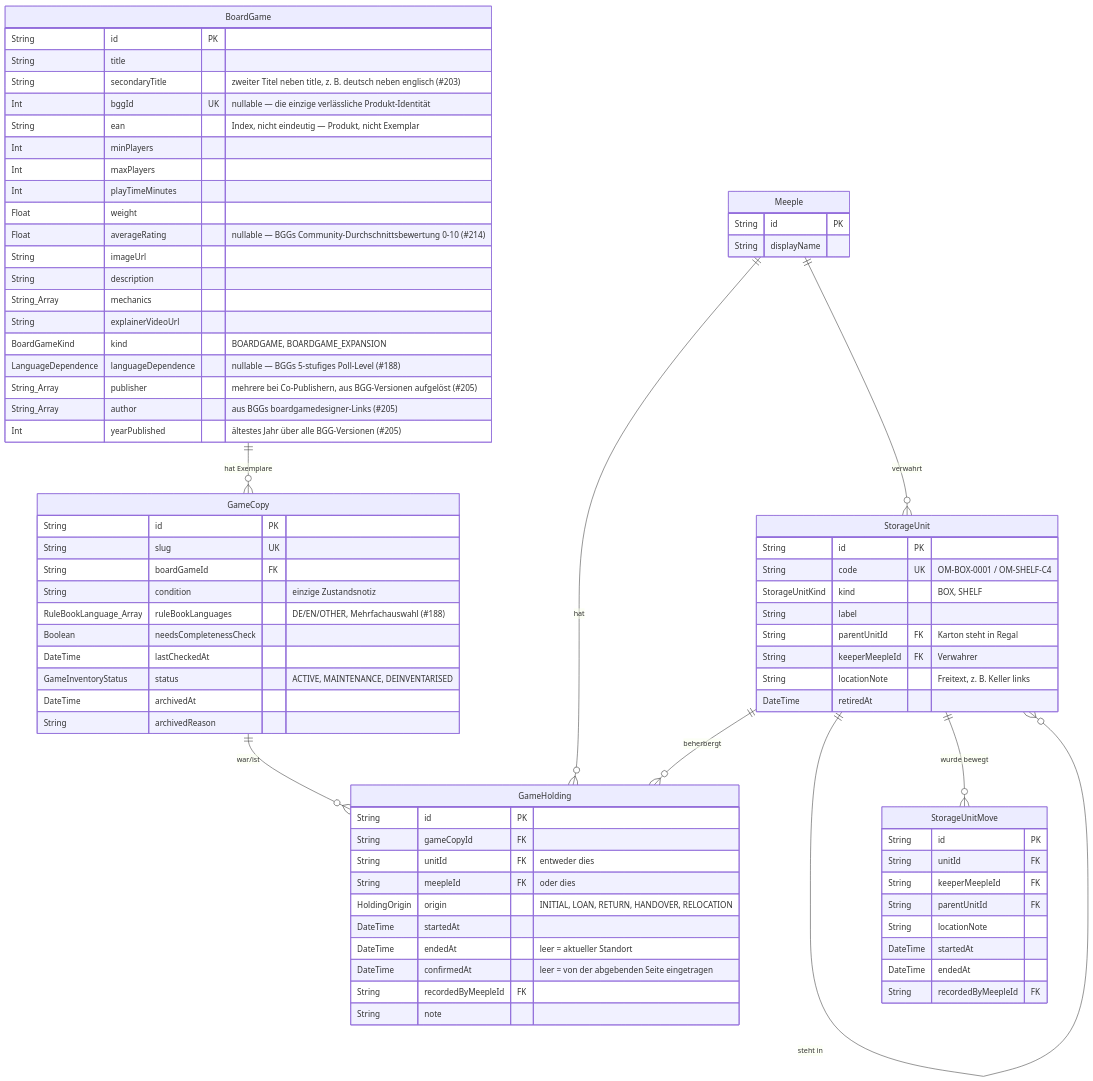
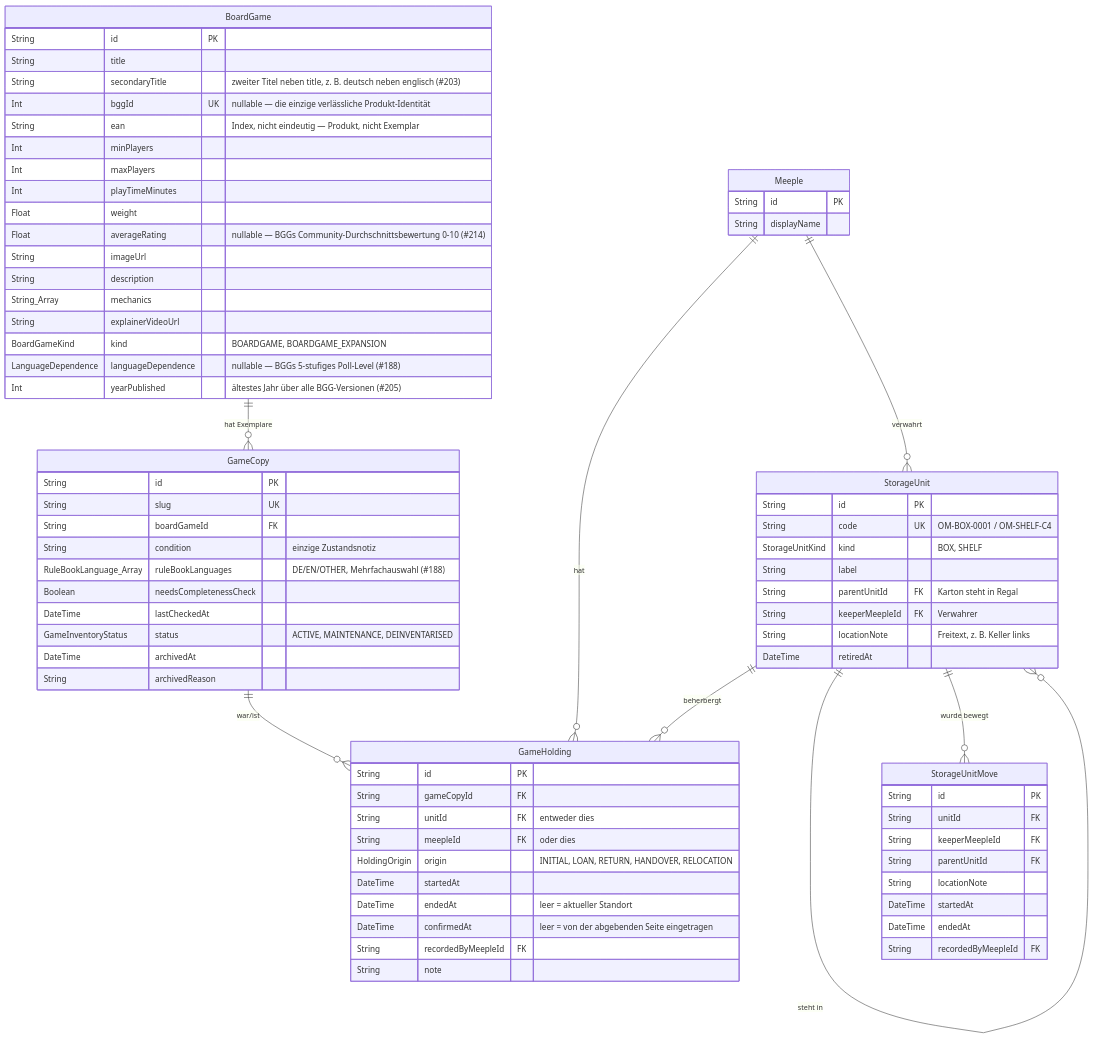
One commit to oecher-meeples/portal changed the fourth of 5 diagrams in docs/schema.md. Above: the diagram before and after it, drawn with Mermaid. The commit also changed other lines of this file and 18 other files, not shown here.

First line of the commit message:
feat(admin): contributor admin page and drop legacy publisher/author columns (epic #490)

```diff
--- a/docs/schema.md
+++ b/docs/schema.md
@@ -263,8 +263,6 @@
         String explainerVideoUrl
         BoardGameKind kind "BOARDGAME, BOARDGAME_EXPANSION"
         LanguageDependence languageDependence "nullable — BGGs 5-stufiges Poll-Level (#188)"
-        String_Array publisher "mehrere bei Co-Publishern, aus BGG-Versionen aufgelöst (#205)"
-        String_Array author "aus BGGs boardgamedesigner-Links (#205)"
         Int yearPublished "ältestes Jahr über alle BGG-Versionen (#205)"
     }
 
```
